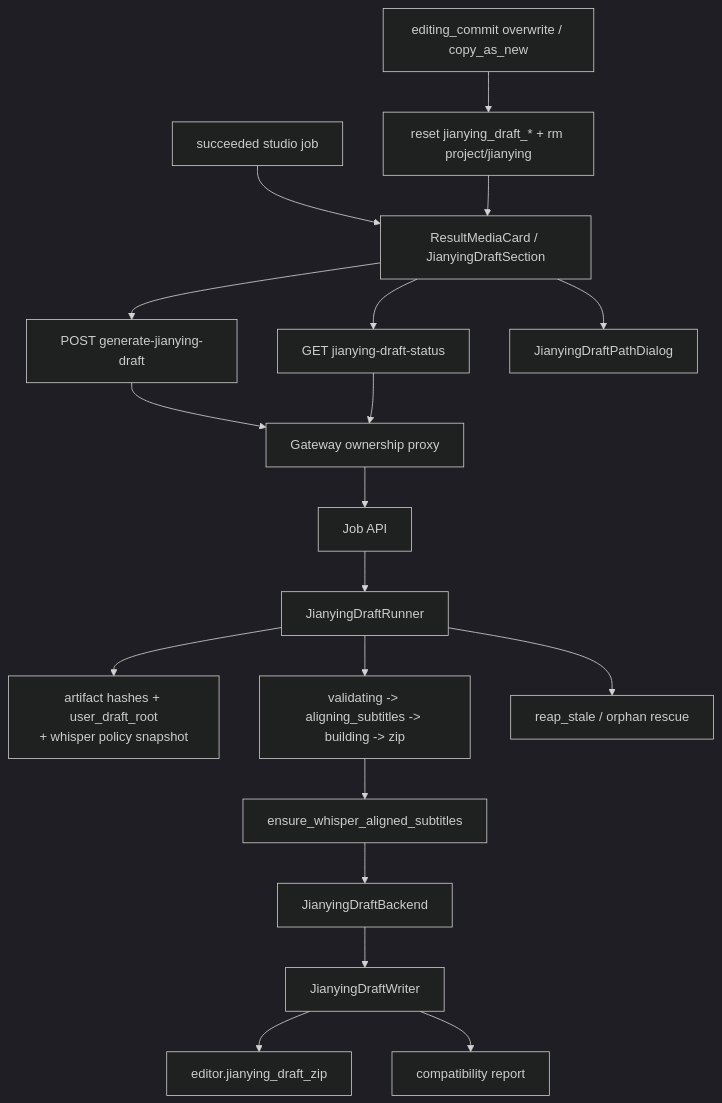
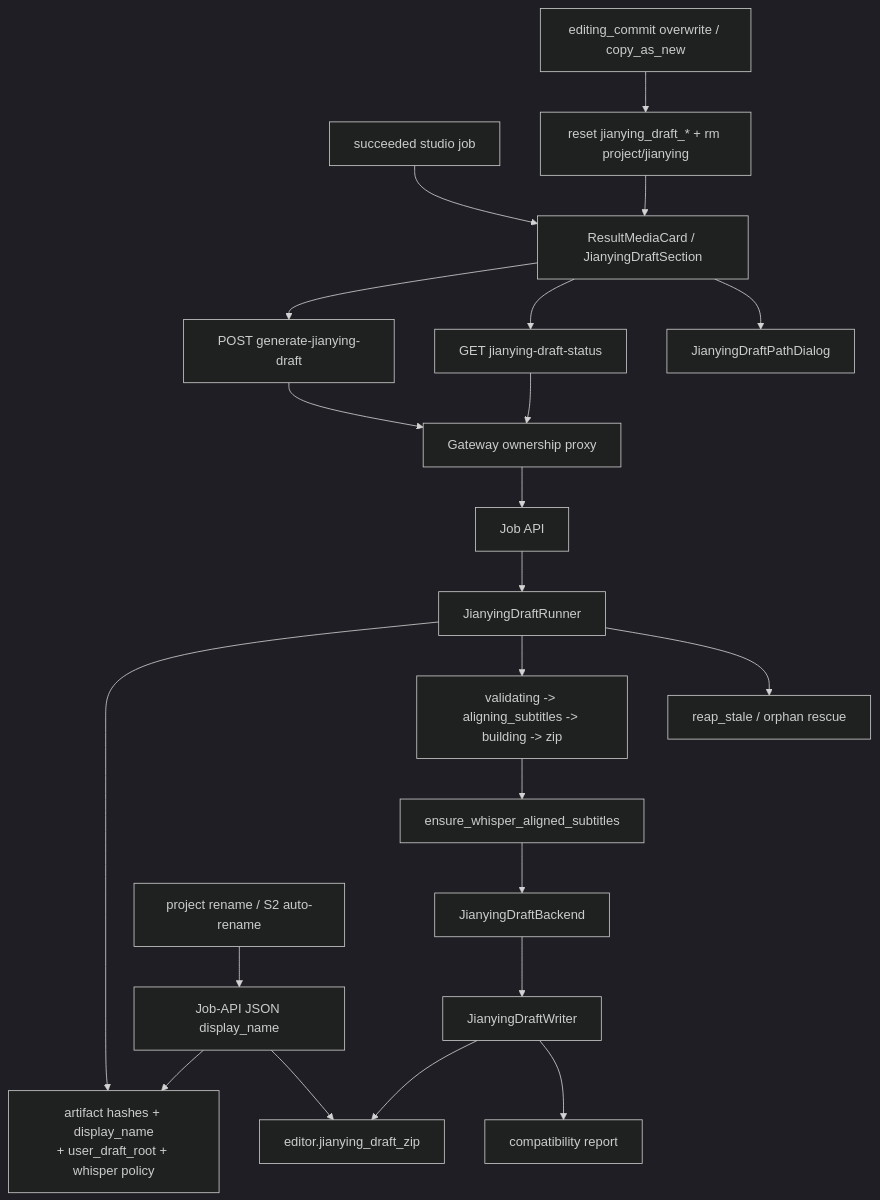
The diagram in docs/graphs/GITNEXUS_JIANYING_DRAFT_DELIVERY_GRAPH.md (sun9bear/AITransVideo), drawn with Mermaid (dark theme) before and after one commit. The commit also changed other lines of this file and 6 other files, not shown here.

Commit message:
docs(graphs): refresh GitNexus graphs to 5c88213

````diff
--- a/docs/graphs/GITNEXUS_JIANYING_DRAFT_DELIVERY_GRAPH.md
+++ b/docs/graphs/GITNEXUS_JIANYING_DRAFT_DELIVERY_GRAPH.md
@@ -16,25 +16,29 @@
 ```mermaid
 graph TD
     StudioJob["succeeded studio job"] --> ResultUI["ResultMediaCard / JianyingDraftSection"]
     ResultUI --> Trigger["POST generate-jianying-draft"]
     ResultUI --> Poll["GET jianying-draft-status"]
     ResultUI --> Dialog["JianyingDraftPathDialog"]
 
     Trigger --> Gateway["Gateway ownership proxy"]
     Poll --> Gateway
     Gateway --> JobApi["Job API"]
 
     JobApi --> Runner["JianyingDraftRunner"]
-    Runner --> Fingerprint["artifact hashes + user_draft_root<br/>+ whisper policy snapshot"]
+    Runner --> Fingerprint["artifact hashes + display_name<br/>+ user_draft_root + whisper policy"]
     Runner --> Substeps["validating -> aligning_subtitles -> building -> zip"]
     Runner --> Rescue["reap_stale / orphan rescue"]
 
     Substeps --> Ensure["ensure_whisper_aligned_subtitles"]
     Ensure --> Backend["JianyingDraftBackend"]
     Backend --> Writer["JianyingDraftWriter"]
     Writer --> Zip["editor.jianying_draft_zip"]
     Writer --> Report["compatibility report"]
 
+    Rename["project rename / S2 auto-rename"] --> DisplayName["Job-API JSON display_name"]
+    DisplayName --> Fingerprint
+    DisplayName --> Zip
+
     PostEdit["editing_commit overwrite / copy_as_new"] --> Reset["reset jianying_draft_* + rm project/jianying"]
     Reset --> ResultUI
 ```
````
